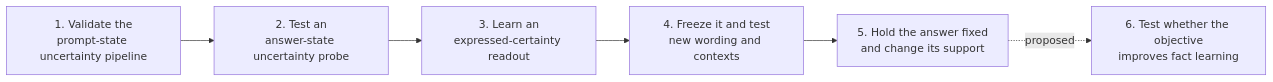
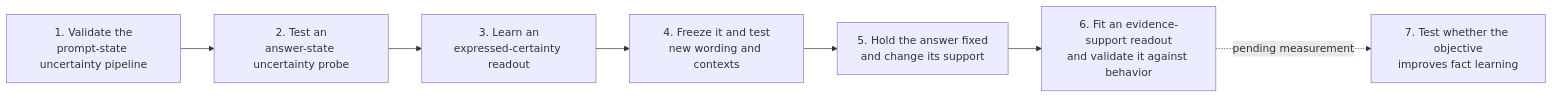
One commit to WenyiJin2003/mechanistic-confidence-sdt changed the diagram in README.md. Above: the diagram before and after it, drawn with Mermaid. The commit also changed other lines of this file and 23 other files, not shown here.

Commit message:
Preregister evidence-sensitive readout v4 before inference

````diff
--- a/README.md
+++ b/README.md
@@ -49,8 +51,9 @@
 ```mermaid
 flowchart LR
     S1["1. Validate the<br/>prompt-state uncertainty pipeline"] --> S2["2. Test an<br/>answer-state uncertainty probe"]
     S2 --> S3["3. Learn an<br/>expressed-certainty readout"]
     S3 --> S4["4. Freeze it and test<br/>new wording and contexts"]
     S4 --> S5["5. Hold the answer fixed<br/>and change its support"]
-    S5 -. "proposed" .-> S6["6. Test whether the objective<br/>improves fact learning"]
+    S5 --> S6["6. Fit an evidence-support readout<br/>and validate it against behavior"]
+    S6 -. "pending measurement" .-> S7["7. Test whether the objective<br/>improves fact learning"]
 ```
````
